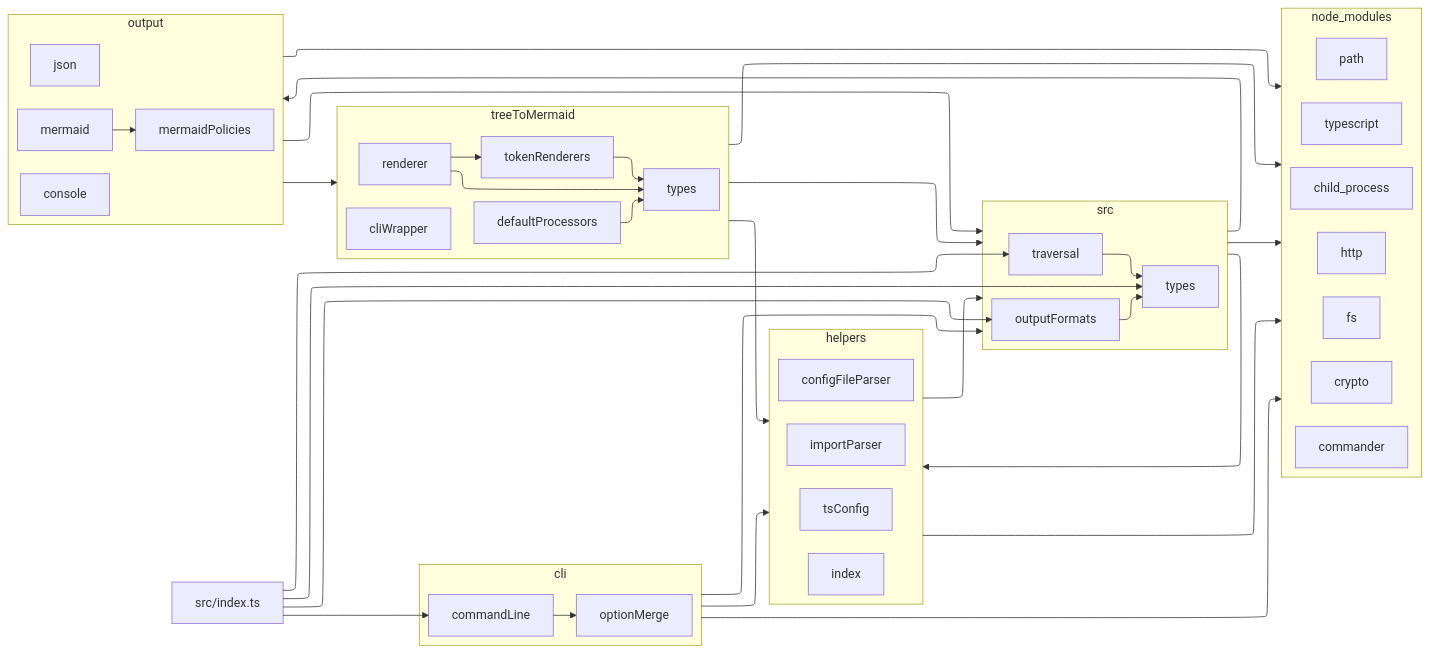
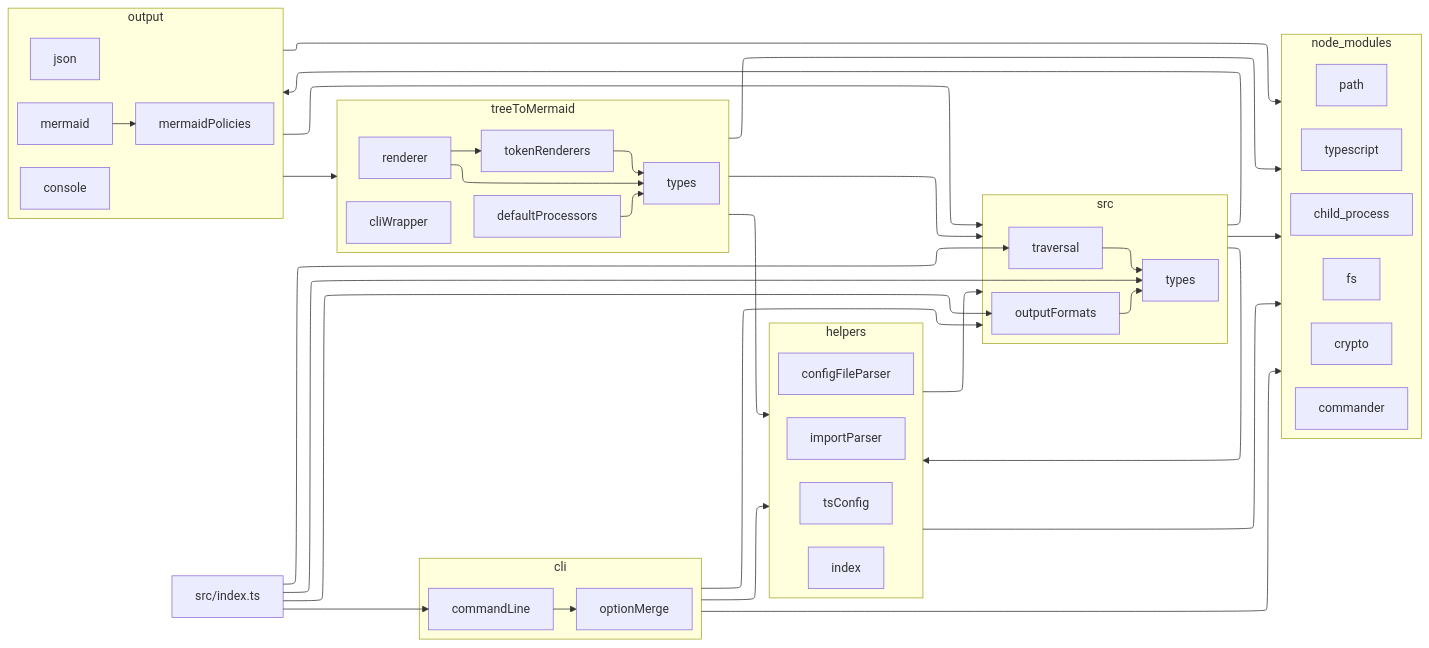
Before and after one commit to Klemeesi/ts-insp: the diagram in docs/MermaidExample.md, drawn with Mermaid. The commit also changed 8 other files, not shown here.

````diff
--- a/docs/MermaidExample.md
+++ b/docs/MermaidExample.md
@@ -1,73 +1,72 @@
 ```mermaid
 ---
 config:
   layout: elk
   theme: default
 ---
 graph LR
 root["src/index.ts"]
 subgraph src
 97436aa4caaa9fe6c1f7fbda54bea5c5["traversal"]
 152b731d9960fa8a94d223c73a70437c["types"]
 1fe092282d1f404a83c6dfaa449427eb["outputFormats"]
 end
 subgraph node_modules
 ee253c483834accc136016fd0cfda308["typescript"]
 bc7b36fe4d2924e49800d9b3dc4a325c["fs"]
 d6fe1d0be6347b8ef2427fa629c04485["path"]
 5ae9b7f211e23aac3df5f2b8f3b8eada["crypto"]
 590e227ecebc0951e8994717b1bc8669["commander"]
 6bdd121cf07238ae4acd0de370dd13bf["child_process"]
-80791b3ae7002cb88c246876d9faa8f8["http"]
 end
 subgraph helpers
 89368ad2b907401c75ac83d0c8f51150["importParser"]
 333f22f566da67b693a352a010116a59["tsConfig"]
 3fb28eb5baf18d345d0ad93d7e341109["configFileParser"]
 ef9f86388078e0560db65509eefba48d["index"]
 end
 subgraph cli
 6eabf6036c1cd8aaca6f56d1c8fb63e0["commandLine"]
 e414dc75f5dcbe2827116d5050a8c6fa["optionMerge"]
 end
 subgraph output
 7029e3f6954c28b14ceaef910bc2c07b["console"]
 1cdc6bd921f66f50622b5c56a23a8d72["json"]
 3c9aeb9e1a663982bf18432623f081c0["mermaid"]
 02be73a92c1e73068fee3f6a5570552a["mermaidPolicies"]
 end
 subgraph treeToMermaid
 5fc5c7f77b9094999991e4a88935bbc8["renderer"]
 ba94a21f1b99f22bcbee495161be6017["tokenRenderers"]
 43b2c294408e9aca405ff8cc04120742["types"]
 a7c2c5aebf261da9ed0ec6111e63d2d3["defaultProcessors"]
 45fc45c3c3ddc9a6a05b8fa52cbd234c["cliWrapper"]
 end
 root root_97436aa4caaa9fe6c1f7fbda54bea5c5@--> 97436aa4caaa9fe6c1f7fbda54bea5c5
 src src_node_modules@--> node_modules
 97436aa4caaa9fe6c1f7fbda54bea5c5 97436aa4caaa9fe6c1f7fbda54bea5c5_152b731d9960fa8a94d223c73a70437c@--> 152b731d9960fa8a94d223c73a70437c
 src src_helpers@--> helpers
 helpers helpers_node_modules@--> node_modules
 helpers helpers_src@--> src
 root root_6eabf6036c1cd8aaca6f56d1c8fb63e0@--> 6eabf6036c1cd8aaca6f56d1c8fb63e0
 cli cli_node_modules@--> node_modules
 cli cli_src@--> src
 cli cli_helpers@--> helpers
 6eabf6036c1cd8aaca6f56d1c8fb63e0 6eabf6036c1cd8aaca6f56d1c8fb63e0_e414dc75f5dcbe2827116d5050a8c6fa@--> e414dc75f5dcbe2827116d5050a8c6fa
 root root_152b731d9960fa8a94d223c73a70437c@--> 152b731d9960fa8a94d223c73a70437c
 root root_1fe092282d1f404a83c6dfaa449427eb@--> 1fe092282d1f404a83c6dfaa449427eb
 1fe092282d1f404a83c6dfaa449427eb 1fe092282d1f404a83c6dfaa449427eb_152b731d9960fa8a94d223c73a70437c@--> 152b731d9960fa8a94d223c73a70437c
 src src_output@--> output
 output output_src@--> src
 output output_node_modules@--> node_modules
 output output_treeToMermaid@--> treeToMermaid
 treeToMermaid treeToMermaid_helpers@--> helpers
 5fc5c7f77b9094999991e4a88935bbc8 5fc5c7f77b9094999991e4a88935bbc8_ba94a21f1b99f22bcbee495161be6017@--> ba94a21f1b99f22bcbee495161be6017
 ba94a21f1b99f22bcbee495161be6017 ba94a21f1b99f22bcbee495161be6017_43b2c294408e9aca405ff8cc04120742@--> 43b2c294408e9aca405ff8cc04120742
 5fc5c7f77b9094999991e4a88935bbc8 5fc5c7f77b9094999991e4a88935bbc8_43b2c294408e9aca405ff8cc04120742@--> 43b2c294408e9aca405ff8cc04120742
 treeToMermaid treeToMermaid_src@--> src
 a7c2c5aebf261da9ed0ec6111e63d2d3 a7c2c5aebf261da9ed0ec6111e63d2d3_43b2c294408e9aca405ff8cc04120742@--> 43b2c294408e9aca405ff8cc04120742
 treeToMermaid treeToMermaid_node_modules@--> node_modules
 3c9aeb9e1a663982bf18432623f081c0 3c9aeb9e1a663982bf18432623f081c0_02be73a92c1e73068fee3f6a5570552a@--> 02be73a92c1e73068fee3f6a5570552a
 
 ```
````
